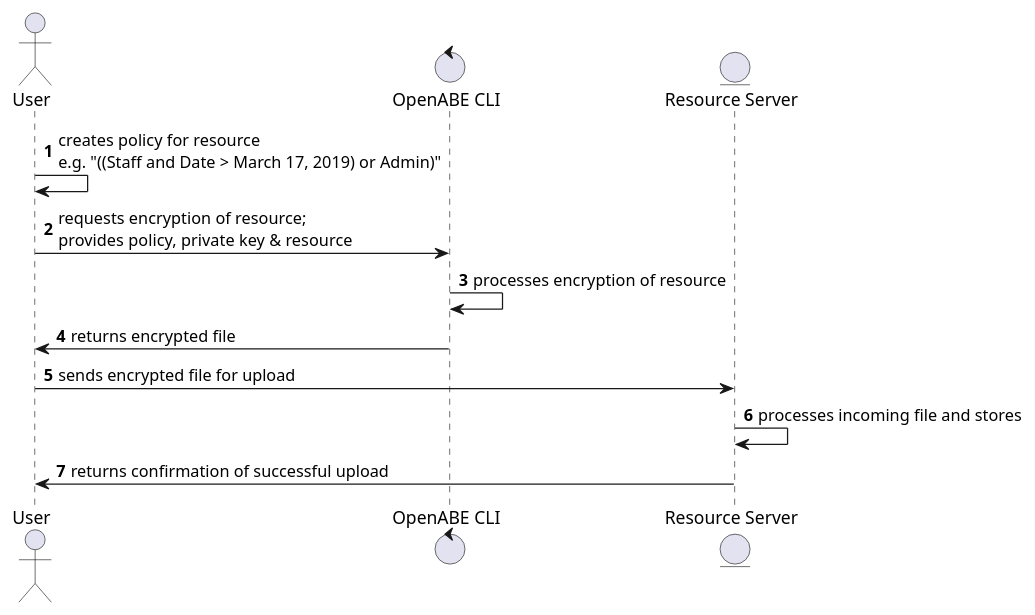
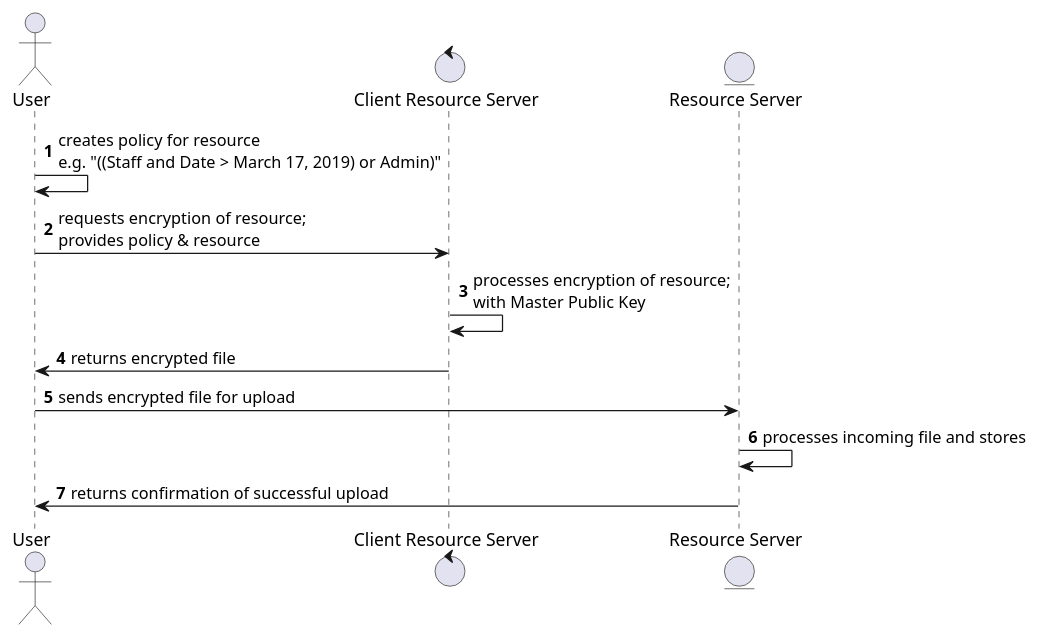
Before and after one commit to 2190594W/l4-project-research: the diagram in diagrams/flow_of_info/encryption_upload_sequence.plantuml, drawn with PlantUML. The commit also changed 19 other files, not shown here.

Commit message:
Updated flow of info diagrams. Added eps & pdf formats as outputs.

```diff
--- a/diagrams/flow_of_info/encryption_upload_sequence.plantuml
+++ b/diagrams/flow_of_info/encryption_upload_sequence.plantuml
@@ -1,13 +1,13 @@
 @startuml
 autonumber
 actor User
-control "OpenABE CLI"
+control "Client Resource Server"
 entity "Resource Server"
 User -> User: creates policy for resource\ne.g. "((Staff and Date > March 17, 2019) or Admin)"
-User -> "OpenABE CLI": requests encryption of resource;\nprovides policy, private key & resource
-"OpenABE CLI" -> "OpenABE CLI": processes encryption of resource
-"OpenABE CLI" -> User: returns encrypted file
+User -> "Client Resource Server": requests encryption of resource;\nprovides policy & resource
+"Client Resource Server" -> "Client Resource Server": processes encryption of resource;\nwith Master Public Key
+"Client Resource Server" -> User: returns encrypted file
 User -> "Resource Server": sends encrypted file for upload
 "Resource Server" -> "Resource Server": processes incoming file and stores
 "Resource Server" -> User: returns confirmation of successful upload
 @enduml
```
